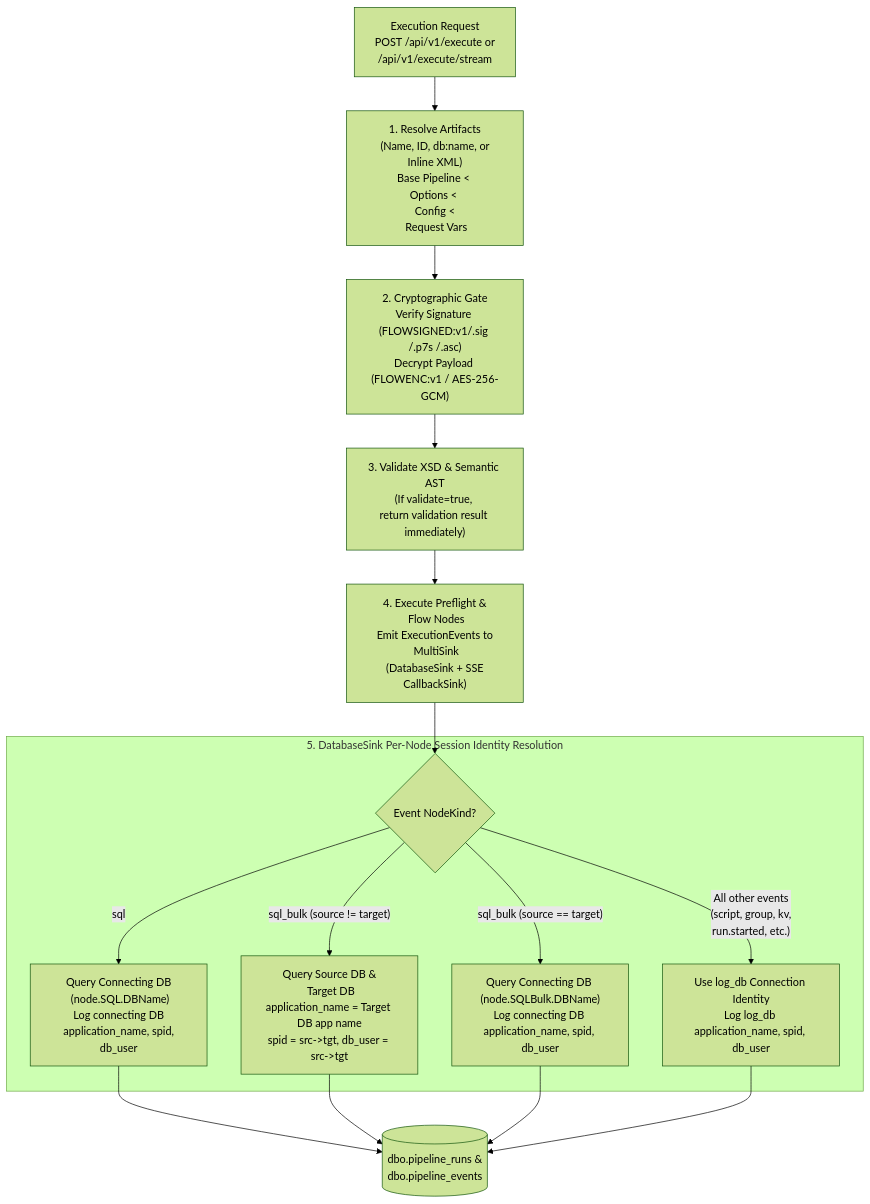
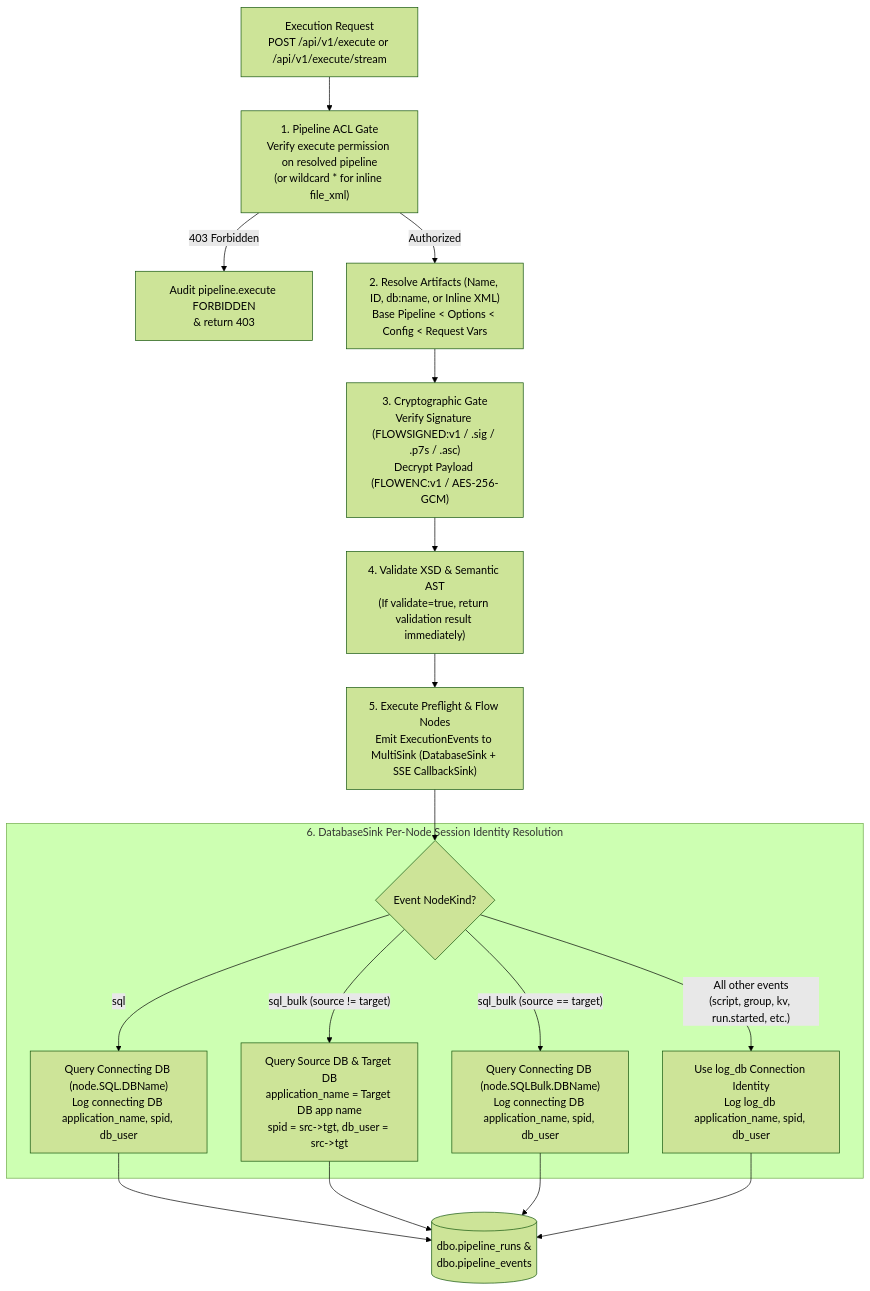
One commit to etl-madness/flow-docs changed the third of 6 diagrams in docs/guides/API_ENDPOINTS_REFERENCE.md. Above: the diagram before and after it, drawn with Mermaid (forest theme). The commit also changed other lines of this file and 98 other files, not shown here.

````diff
--- a/docs/guides/API_ENDPOINTS_REFERENCE.md
+++ b/docs/guides/API_ENDPOINTS_REFERENCE.md
@@ -266,21 +296,24 @@
 ```mermaid
 flowchart TD
-    REQ["Execution Request<br/>POST /api/v1/execute or<br/> /api/v1/execute/stream"] --> RESOLVE["1. Resolve Artifacts<br/> (Name, ID, db:name, or Inline XML)<br/>Base Pipeline &lt; <br/>Options &lt; <br/>Config &lt;<br/> Request Vars"]
+    REQ["Execution Request<br/>POST /api/v1/execute or /api/v1/execute/stream"] --> ACL["1. Pipeline ACL Gate<br/>Verify execute permission on resolved pipeline<br/>(or wildcard * for inline file_xml)"]
 
-    RESOLVE --> SEC["2. Cryptographic Gate<br/>Verify Signature <br/>(FLOWSIGNED:v1/.sig /.p7s /.asc)<br/>Decrypt Payload <br/>(FLOWENC:v1 / AES-256-GCM)"]
+    ACL -->|"403 Forbidden"| DENY["Audit pipeline.execute FORBIDDEN<br/>&amp; return 403"]
+    ACL -->|"Authorized"| RESOLVE["2. Resolve Artifacts (Name, ID, db:name, or Inline XML)<br/>Base Pipeline &lt; Options &lt; Config &lt; Request Vars"]
 
-    SEC --> VAL["3. Validate XSD &amp; Semantic AST<br/>(If validate=true, <br/>return validation result immediately)"]
+    RESOLVE --> SEC["3. Cryptographic Gate<br/>Verify Signature (FLOWSIGNED:v1 / .sig / .p7s / .asc)<br/>Decrypt Payload (FLOWENC:v1 / AES-256-GCM)"]
 
-    VAL --> EXEC["4. Execute Preflight &amp;<br/> Flow Nodes<br/>Emit ExecutionEvents to<br/> MultiSink<br/> (DatabaseSink + SSE CallbackSink)"]
+    SEC --> VAL["4. Validate XSD &amp; Semantic AST<br/>(If validate=true, return validation result immediately)"]
 
-    subgraph IdentityRules["5. DatabaseSink Per-Node Session Identity Resolution"]
+    VAL --> EXEC["5. Execute Preflight &amp; Flow Nodes<br/>Emit ExecutionEvents to MultiSink (DatabaseSink + SSE CallbackSink)"]
+
+    subgraph IdentityRules["6. DatabaseSink Per-Node Session Identity Resolution"]
         KIND{"Event NodeKind?"}
-        KIND -->|"sql"| ID_SQL["Query Connecting DB<br/> (node.SQL.DBName)<br/>Log connecting DB<br/> application_name, spid, db_user"]
-        KIND -->|"sql_bulk (source != target)"| ID_CROSS["Query Source DB &amp;<br/> Target DB<br/>application_name = Target DB app name<br/>spid = src->tgt, db_user = src->tgt"]
+        KIND -->|"sql"| ID_SQL["Query Connecting DB (node.SQL.DBName)<br/>Log connecting DB application_name, spid, db_user"]
+        KIND -->|"sql_bulk (source != target)"| ID_CROSS["Query Source DB &amp; Target DB<br/>application_name = Target DB app name<br/>spid = src->tgt, db_user = src->tgt"]
         KIND -->|"sql_bulk (source == target)"| ID_SAME["Query Connecting DB (node.SQLBulk.DBName)<br/>Log connecting DB application_name, spid, db_user"]
-        KIND -->|"All other events<br/>(script, group, kv,<br/> run.started, etc.)"| ID_LOG["Use log_db Connection Identity<br/>Log log_db application_name, spid, db_user"]
+        KIND -->|"All other events<br/>(script, group, kv, run.started, etc.)"| ID_LOG["Use log_db Connection Identity<br/>Log log_db application_name, spid, db_user"]
     end
 
     EXEC --> KIND
     ID_SQL & ID_CROSS & ID_SAME & ID_LOG --> DB_TABLES[("dbo.pipeline_runs &amp;<br/>dbo.pipeline_events")]
 ```
````
